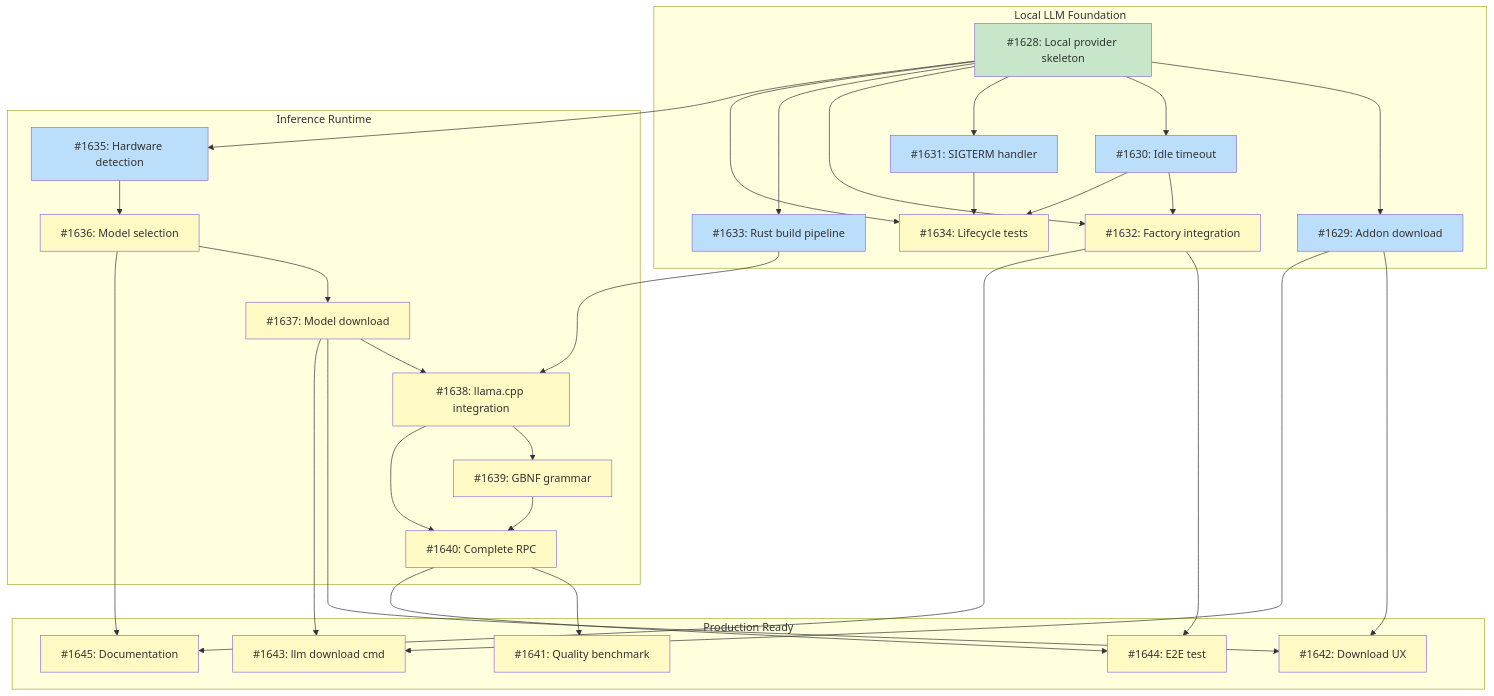
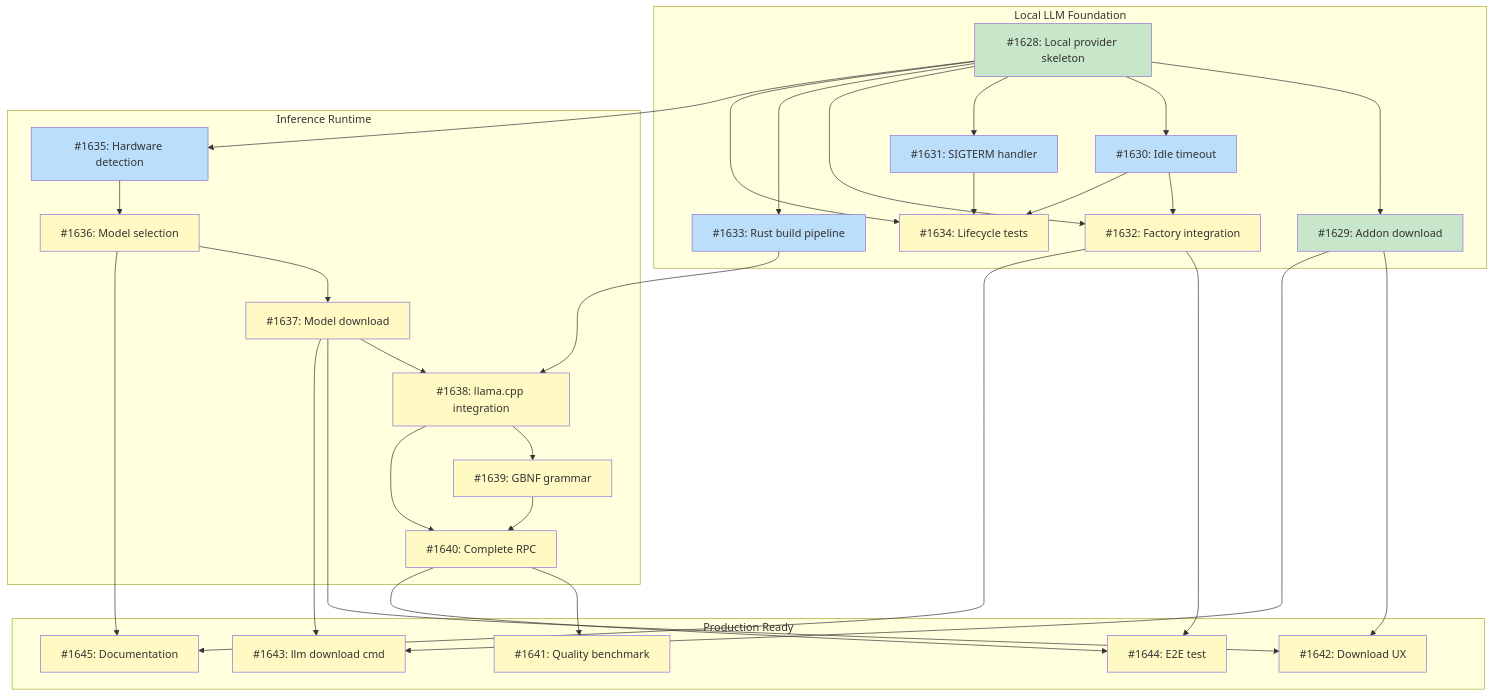
One commit to tsukumogami/tsuku changed the diagram in docs/designs/DESIGN-local-llm-runtime.md. Above: the diagram before and after it, drawn with Mermaid. The commit also changed other lines of this file, not shown here.

Commit message:
docs: mark issue #1629 as done in design doc

````diff
--- a/docs/designs/DESIGN-local-llm-runtime.md
+++ b/docs/designs/DESIGN-local-llm-runtime.md
@@ -74,65 +74,65 @@
 ```mermaid
 graph TD
     subgraph M1["Local LLM Foundation"]
         I1628["#1628: Local provider skeleton"]
         I1629["#1629: Addon download"]
         I1630["#1630: Idle timeout"]
         I1631["#1631: SIGTERM handler"]
         I1632["#1632: Factory integration"]
         I1633["#1633: Rust build pipeline"]
         I1634["#1634: Lifecycle tests"]
     end
 
     subgraph M2["Inference Runtime"]
         I1635["#1635: Hardware detection"]
         I1636["#1636: Model selection"]
         I1637["#1637: Model download"]
         I1638["#1638: llama.cpp integration"]
         I1639["#1639: GBNF grammar"]
         I1640["#1640: Complete RPC"]
     end
 
     subgraph M3["Production Ready"]
         I1641["#1641: Quality benchmark"]
         I1642["#1642: Download UX"]
         I1643["#1643: llm download cmd"]
         I1644["#1644: E2E test"]
         I1645["#1645: Documentation"]
     end
 
     I1628 --> I1629
     I1628 --> I1630
     I1628 --> I1631
     I1628 --> I1632
     I1630 --> I1632
     I1628 --> I1633
     I1628 --> I1634
     I1630 --> I1634
     I1631 --> I1634
     I1628 --> I1635
     I1635 --> I1636
     I1636 --> I1637
     I1633 --> I1638
     I1637 --> I1638
     I1638 --> I1639
     I1638 --> I1640
     I1639 --> I1640
     I1640 --> I1641
     I1629 --> I1642
     I1637 --> I1642
     I1629 --> I1643
     I1637 --> I1643
     I1640 --> I1644
     I1632 --> I1644
     I1632 --> I1645
     I1636 --> I1645
 
     classDef done fill:#c8e6c9
     classDef ready fill:#bbdefb
     classDef blocked fill:#fff9c4
     classDef needsDesign fill:#e1bee7
 
-    class I1628 done
-    class I1629,I1630,I1631,I1633,I1635 ready
+    class I1628,I1629 done
+    class I1630,I1631,I1633,I1635 ready
     class I1632,I1634,I1636,I1637,I1638,I1639,I1640,I1641,I1642,I1643,I1644,I1645 blocked
 ```
````
